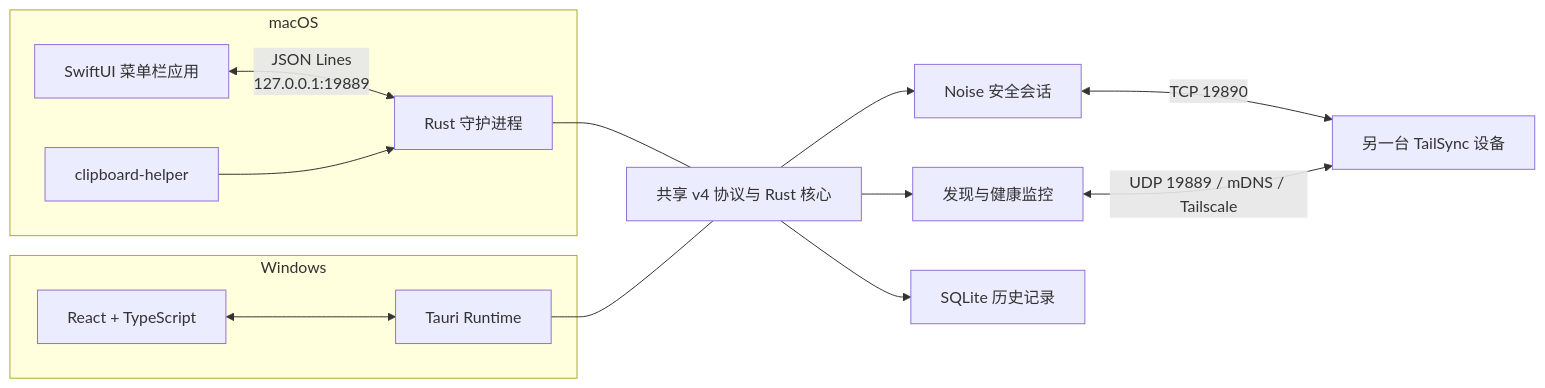
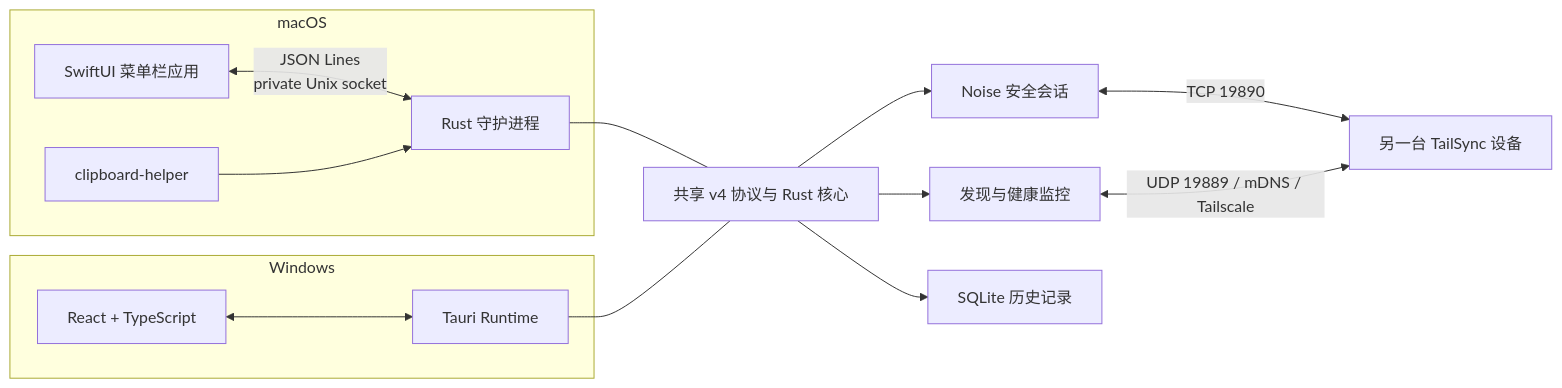
The diagram in README.md (monet4070/TailSync), drawn with Mermaid before and after one commit. The commit also changed other lines of this file and 71 other files, not shown here.

Commit message:
fix: harden cross-platform sync and release flow

````diff
--- a/README.md
+++ b/README.md
@@ -69,24 +69,24 @@
 ```mermaid
 flowchart LR
     subgraph Mac[macOS]
         S[SwiftUI 菜单栏应用]
         D[Rust 守护进程]
         H[clipboard-helper]
-        S <-->|JSON Lines<br/>127.0.0.1:19889| D
+        S <-->|JSON Lines<br/>private Unix socket| D
         H --> D
     end
 
     subgraph Win[Windows]
         R[React + TypeScript]
         T[Tauri Runtime]
         R <--> T
     end
 
     D --- C[共享 v4 协议与 Rust 核心]
     T --- C
     C --> P[发现与健康监控]
     C --> N[Noise 安全会话]
     C --> DB[SQLite 历史记录]
     N <-->|TCP 19890| Peer[另一台 TailSync 设备]
     P <-->|UDP 19889 / mDNS / Tailscale| Peer
 ```
````
